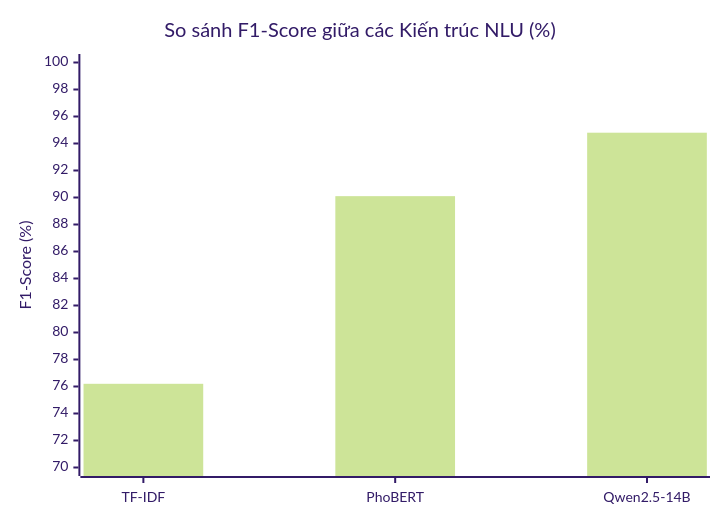
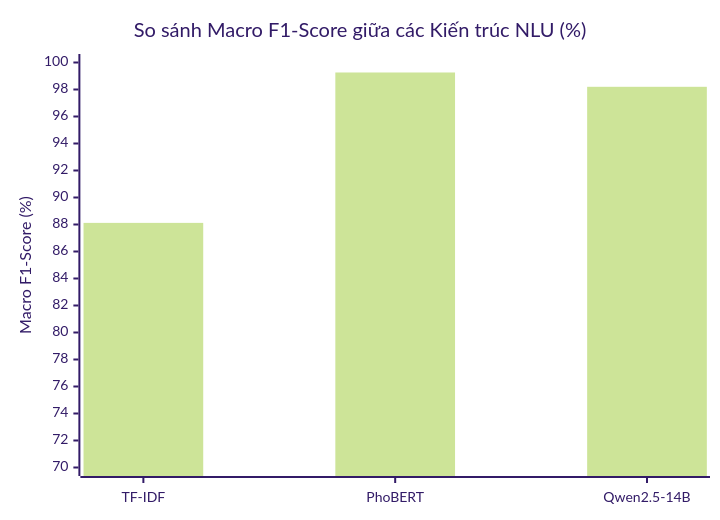
Before and after one commit to maikhang160504/spending-diary: the seventh of 7 diagrams in Luan_van_Hoan_chinh.md, drawn with Mermaid (forest theme). The commit also changed other lines of this file and 1 other file, not shown here.

Commit message:
feat: implement splash screen and core app navigation architecture while updating thesis documentation and NLU performance benchmarks.

````diff
--- a/Luan_van_Hoan_chinh.md
+++ b/Luan_van_Hoan_chinh.md
@@ -657,7 +718,7 @@
 ```mermaid
 xychart-beta
-    title "So sánh F1-Score giữa các Kiến trúc NLU (%)"
+    title "So sánh Macro F1-Score giữa các Kiến trúc NLU (%)"
     x-axis ["TF-IDF", "PhoBERT", "Qwen2.5-14B"]
-    y-axis "F1-Score (%)" 70 --> 100
-    bar [76.2, 90.1, 94.8]
+    y-axis "Macro F1-Score (%)" 70 --> 100
+    bar [88.12, 99.26, 98.20]
 ```
````
